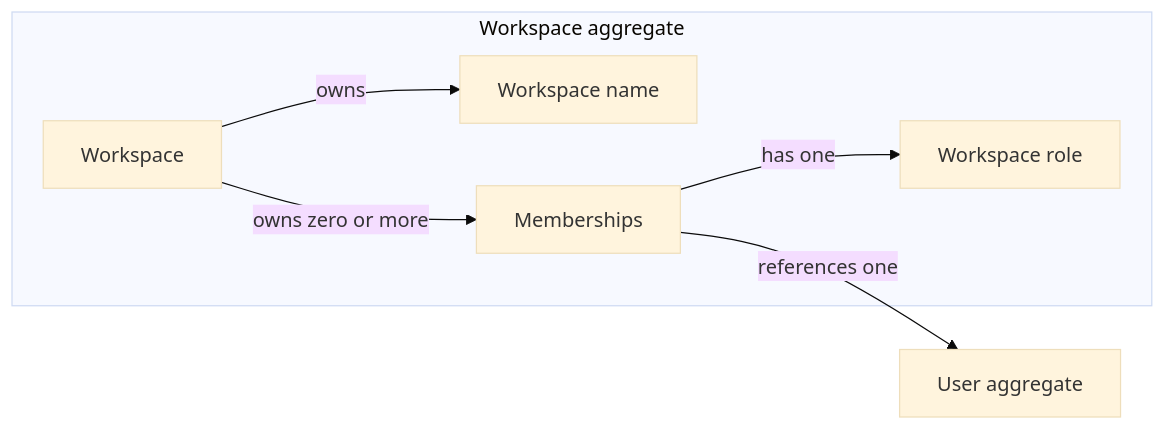
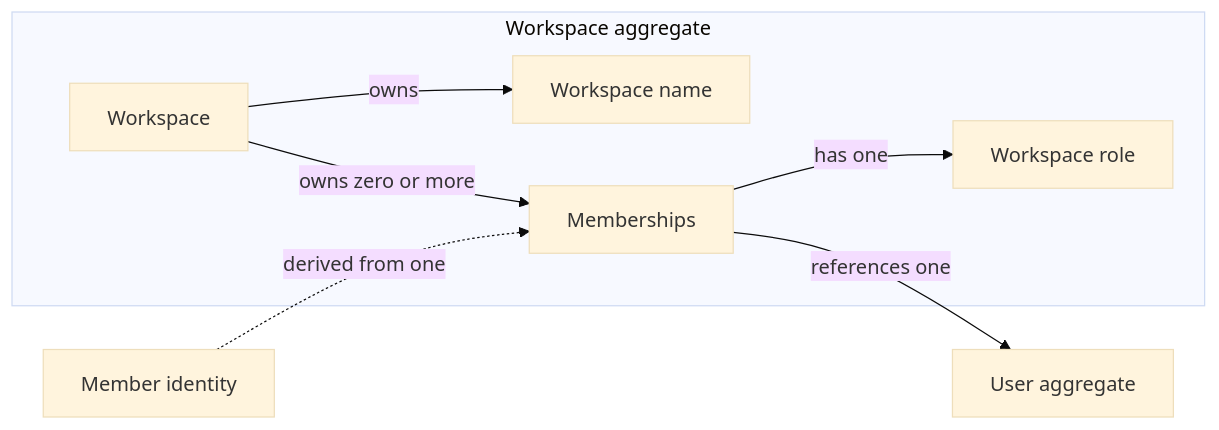
One commit to radynsade/faryengo changed the diagram in docs/domain/workspaces.md. Above: the diagram before and after it, drawn with Mermaid (base theme). The commit also changed other lines of this file and 89 other files, not shown here.

````diff
--- a/docs/domain/workspaces.md
+++ b/docs/domain/workspaces.md
@@ -21,9 +22,10 @@
 ```mermaid
 flowchart LR
     subgraph WorkspaceAggregate[Workspace aggregate]
         Workspace[Workspace] -->|owns| Name[Workspace name]
         Workspace -->|owns zero or more| Membership[Memberships]
         Membership -->|has one| Role[Workspace role]
     end
     Membership -->|references one| User[User aggregate]
+    Identity[Member identity] -.->|derived from one| Membership
 ```
````
